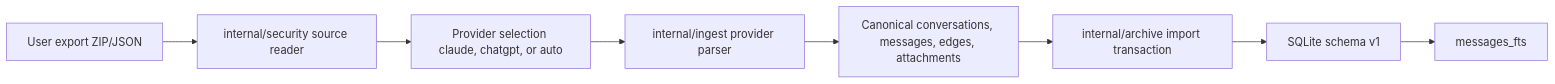
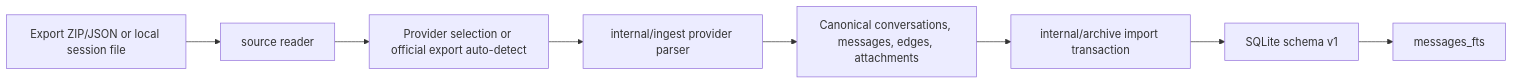
Before and after one commit to jamespheffernan/aicrawl: the first of 3 diagrams in docs/ARCHITECTURE.md, drawn with Mermaid. The commit also changed other lines of this file and 17 other files, not shown here.

````diff
--- a/docs/ARCHITECTURE.md
+++ b/docs/ARCHITECTURE.md
@@ -43,10 +46,10 @@
 ```mermaid
 flowchart LR
-  User["User export ZIP/JSON"] --> Source["internal/security source reader"]
-  Source --> Detect["Provider selection claude, chatgpt, or auto"]
+  User["Export ZIP/JSON or local session file"] --> Source["source reader"]
+  Source --> Detect["Provider selection or official export auto-detect"]
   Detect --> Parser["internal/ingest provider parser"]
   Parser --> Canonical["Canonical conversations, messages, edges, attachments"]
   Canonical --> Archive["internal/archive import transaction"]
   Archive --> SQLite["SQLite schema v1"]
   SQLite --> FTS["messages_fts"]
 ```
````
